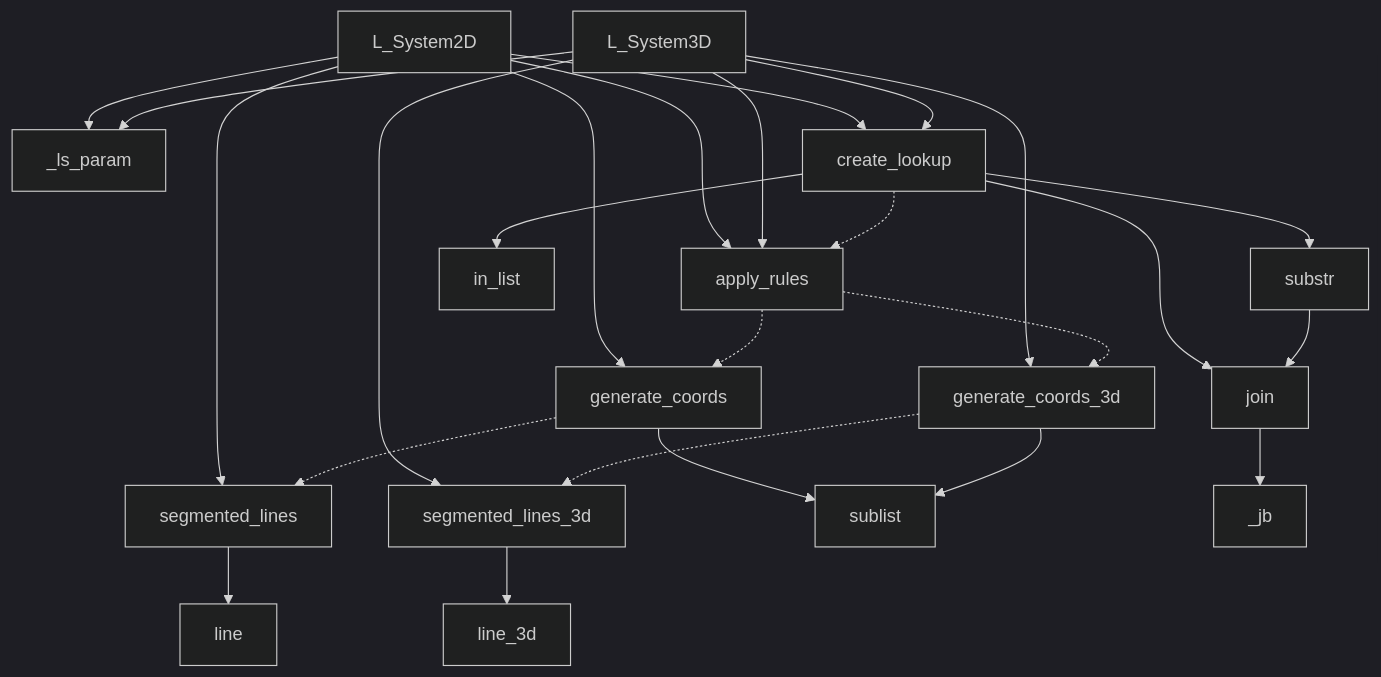
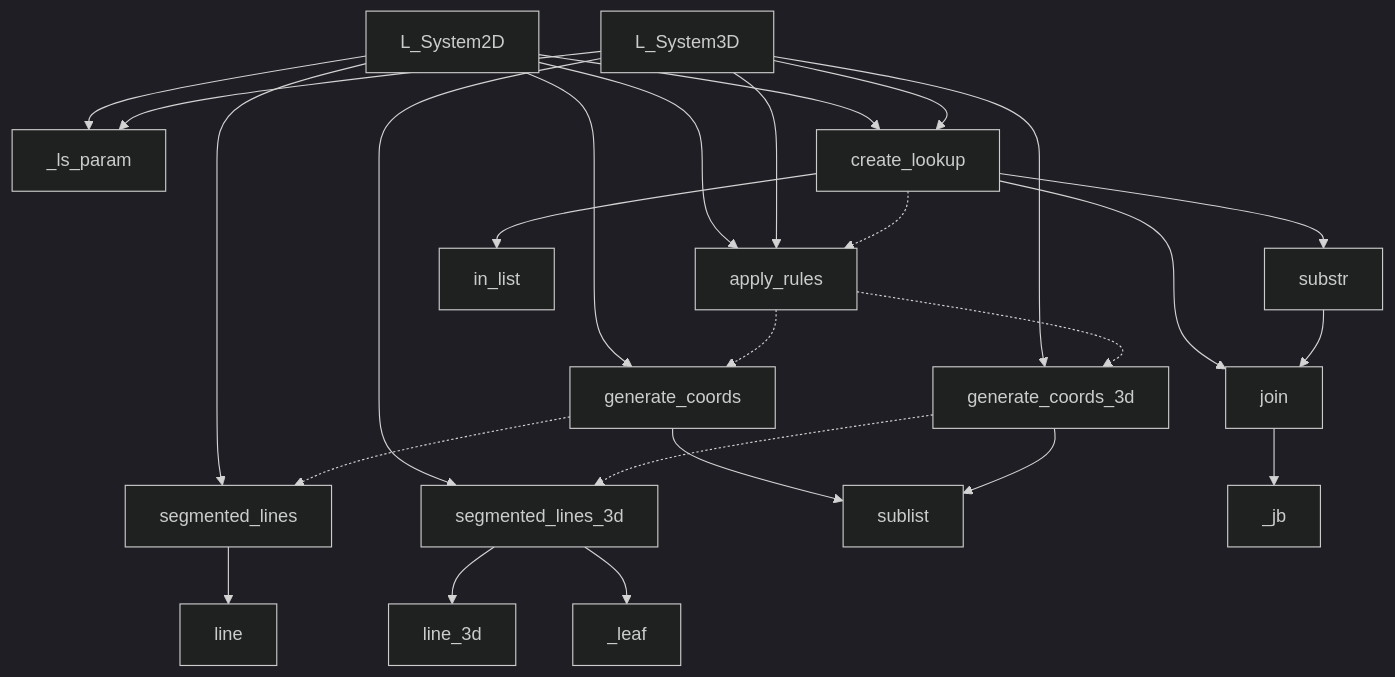
Before and after one commit to CameronBrooks11/L-System-SCAD: the diagram in README.md, drawn with Mermaid (dark theme). The commit also changed other lines of this file, not shown here.

First line of the commit message:
docs: document tropism and leaf/polygon surfaces

````diff
--- a/README.md
+++ b/README.md
@@ -101,33 +107,34 @@
 ```mermaid
 graph TD
   L_System2D --> _ls_param
   L_System2D --> create_lookup
   L_System2D --> apply_rules
   L_System2D --> generate_coords
   L_System2D --> segmented_lines
 
   L_System3D --> _ls_param
   L_System3D --> create_lookup
   L_System3D --> apply_rules
   L_System3D --> generate_coords_3d
   L_System3D --> segmented_lines_3d
 
   create_lookup --> substr
   create_lookup --> in_list
   create_lookup --> join
 
   substr --> join
   generate_coords --> sublist
   generate_coords_3d --> sublist
 
   segmented_lines --> line
   segmented_lines_3d --> line_3d
+  segmented_lines_3d --> _leaf
 
   join --> _jb
 
   create_lookup -.-> apply_rules
   apply_rules -.-> generate_coords
   apply_rules -.-> generate_coords_3d
   generate_coords -.-> segmented_lines
   generate_coords_3d -.-> segmented_lines_3d
 ```
````
